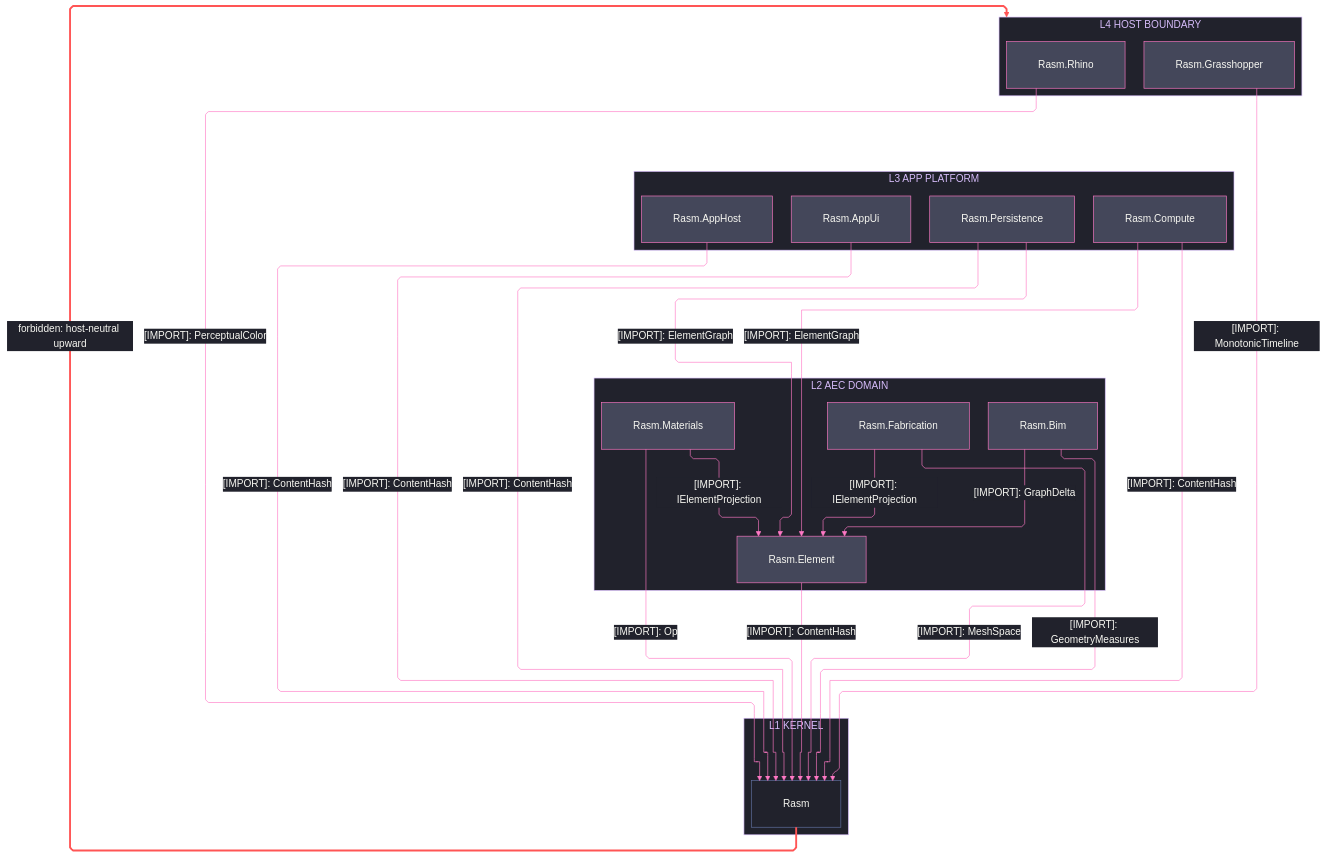
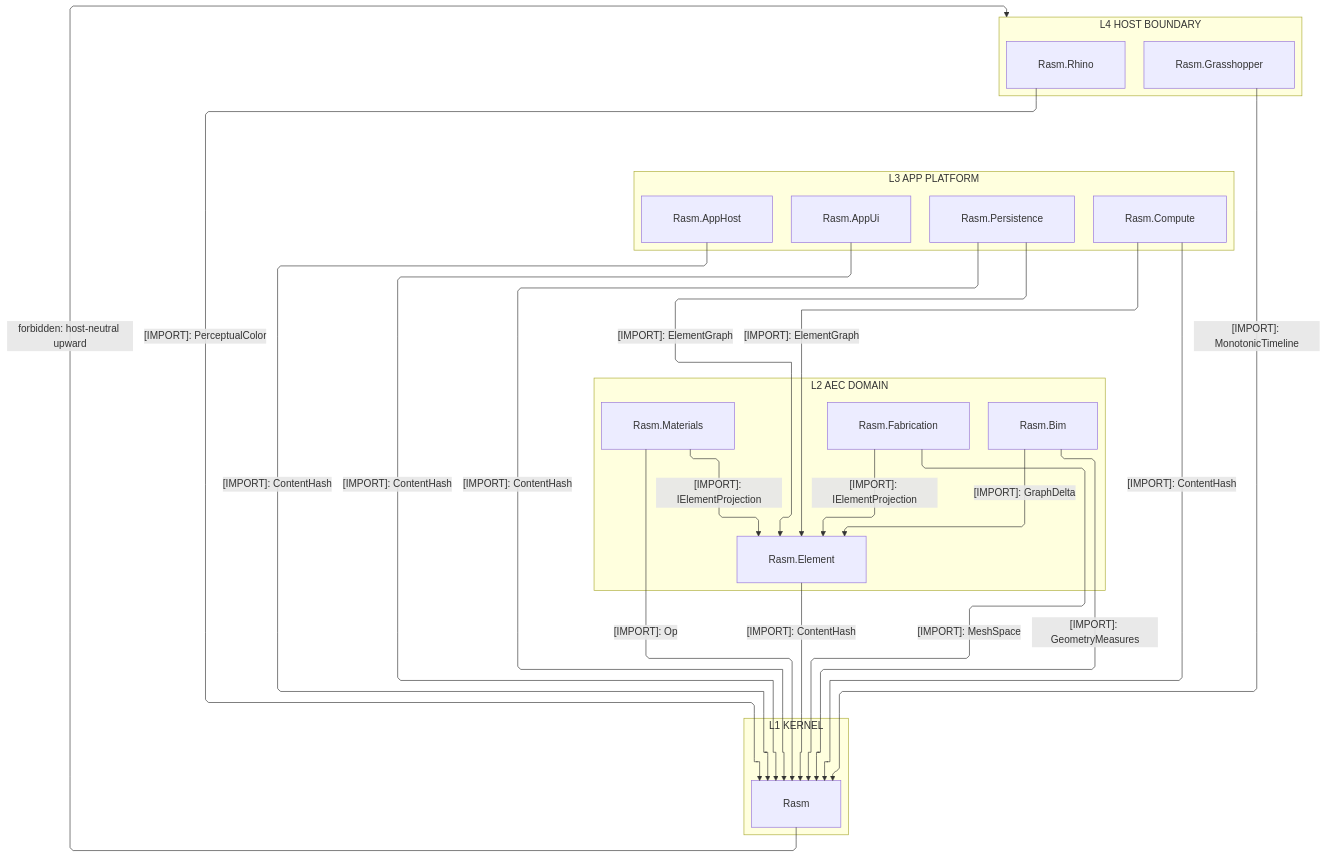
One commit to bsamiee/Rasm changed the first of 3 diagrams in libs/csharp/.planning/ARCHITECTURE.md. Above: the diagram before and after it, drawn with Mermaid. The commit also changed other lines of this file and 460 other files, not shown here.

````diff
--- a/libs/csharp/.planning/ARCHITECTURE.md
+++ b/libs/csharp/.planning/ARCHITECTURE.md
@@ -31,78 +31,51 @@
 ```mermaid
 ---
 config:
-  theme: base
-  look: classic
   layout: elk
   flowchart:
     curve: linear
     padding: 25
-  themeVariables:
-    darkMode: true
-    fontFamily: "SF Mono, Menlo, Cascadia Mono, Segoe UI Mono, Consolas, monospace"
-    useGradient: false
-    dropShadow: "none"
-    background: "#282A36"
-    primaryColor: "#44475A"
-    primaryTextColor: "#F8F8F2"
-    primaryBorderColor: "#BD93F9"
-    lineColor: "#FF79C6"
-    textColor: "#F8F8F2"
-    clusterBkg: "#21222C"
-    clusterBorder: "#D6BCFA"
-    edgeLabelBackground: "#21222C"
-    labelBackgroundColor: "#21222C"
-    titleColor: "#D6BCFA"
-  themeCSS: ".nodeLabel{font-size:13px;font-weight:500}.edgeLabel{font-size:12px;font-weight:500}.cluster-label .nodeLabel{font-size:13.5px;font-weight:700;letter-spacing:.08em}.edge-thickness-normal{stroke-width:2px}.edge-thickness-thick{stroke-width:3px}.edge-pattern-dashed,.edge-pattern-dotted{stroke-width:1.5px;stroke-dasharray:4 6}.node rect,.node circle,.node polygon,.node path,.node .outer-path{stroke-width:1.5px;filter:none!important}.cluster rect{stroke-width:1px!important;stroke-dasharray:5 4!important;filter:none!important}.marker path{transform:scale(.8);transform-origin:5px 5px}.marker circle{transform:scale(.48);transform-origin:5px 5px}.edgeLabel rect{transform-box:fill-box;transform-origin:center;transform:scale(1.1,1.2)}"
 ---
 flowchart TB
     accTitle: C# branch package import strata
-    accDescr: Four stacked strata from the host boundary through the app platform and the AEC domain onto the kernel — every reference edge downward and solid, labeled edges naming one sourced type, the host boundary skipping straight to the kernel, and one forbidden host-neutral upward edge styled red.
+    accDescr: Four stacked strata from the host boundary through the app platform and the AEC domain onto the kernel — every reference edge downward and solid, labeled edges naming one sourced type, the host boundary skipping straight to the kernel, and one forbidden host-neutral upward edge.
     subgraph L4["L4 HOST BOUNDARY"]
         Rhino[Rasm.Rhino]
         Grasshopper[Rasm.Grasshopper]
     end
     subgraph L3["L3 APP PLATFORM"]
         Persistence[Rasm.Persistence]
         Compute[Rasm.Compute]
         AppHost[Rasm.AppHost]
         AppUi[Rasm.AppUi]
     end
     subgraph L2["L2 AEC DOMAIN"]
         Bim[Rasm.Bim]
         Element[Rasm.Element]
         Materials[Rasm.Materials]
         Fabrication[Rasm.Fabrication]
     end
     subgraph L1["L1 KERNEL"]
         Rasm[Rasm]
     end
     Rhino ~~~ AppHost
     Rhino ~~~ AppUi
     Grasshopper ~~~ Compute
     Grasshopper ~~~ Persistence
-    Rhino e1@-->|"[IMPORT]: PerceptualColor"| Rasm
-    Grasshopper e2@-->|"[IMPORT]: MonotonicTimeline"| Rasm
-    AppHost e3@-->|"[IMPORT]: ContentHash"| Rasm
-    Persistence e4@-->|"[IMPORT]: ElementGraph"| Element
-    Persistence e5@-->|"[IMPORT]: ContentHash"| Rasm
-    Compute e6@-->|"[IMPORT]: ElementGraph"| Element
-    Compute e7@-->|"[IMPORT]: ContentHash"| Rasm
-    AppUi e8@-->|"[IMPORT]: ContentHash"| Rasm
-    Materials e9@-->|"[IMPORT]: IElementProjection"| Element
-    Materials e10@-->|"[IMPORT]: Op"| Rasm
-    Bim e11@-->|"[IMPORT]: GraphDelta"| Element
-    Bim e12@-->|"[IMPORT]: GeometryMeasures"| Rasm
-    Fabrication e13@-->|"[IMPORT]: IElementProjection"| Element
-    Fabrication e14@-->|"[IMPORT]: MeshSpace"| Rasm
-    Element e15@-->|"[IMPORT]: ContentHash"| Rasm
-    Rasm f1@-->|"forbidden: host-neutral upward"| L4
-    classDef primary fill:#44475A,stroke:#FF79C6,color:#F8F8F2
-    classDef recessed fill:#21222C,stroke:#6272A4,color:#F8F8F2
-    classDef edgeControl stroke:#FF79C6,color:#F8F8F2
-    classDef edgeError stroke:#FF5555,stroke-width:3px,color:#F8F8F2
-    class Rhino,Grasshopper,AppHost,Compute,Persistence,AppUi,Element,Materials,Bim,Fabrication primary
-    class Rasm recessed
-    class e1,e2,e3,e4,e5,e6,e7,e8,e9,e10,e11,e12,e13,e14,e15 edgeControl
-    class f1 edgeError
+    Rhino -->|"[IMPORT]: PerceptualColor"| Rasm
+    Grasshopper -->|"[IMPORT]: MonotonicTimeline"| Rasm
+    AppHost -->|"[IMPORT]: ContentHash"| Rasm
+    Persistence -->|"[IMPORT]: ElementGraph"| Element
+    Persistence -->|"[IMPORT]: ContentHash"| Rasm
+    Compute -->|"[IMPORT]: ElementGraph"| Element
+    Compute -->|"[IMPORT]: ContentHash"| Rasm
+    AppUi -->|"[IMPORT]: ContentHash"| Rasm
+    Materials -->|"[IMPORT]: IElementProjection"| Element
+    Materials -->|"[IMPORT]: Op"| Rasm
+    Bim -->|"[IMPORT]: GraphDelta"| Element
+    Bim -->|"[IMPORT]: GeometryMeasures"| Rasm
+    Fabrication -->|"[IMPORT]: IElementProjection"| Element
+    Fabrication -->|"[IMPORT]: MeshSpace"| Rasm
+    Element -->|"[IMPORT]: ContentHash"| Rasm
+    Rasm -->|"forbidden: host-neutral upward"| L4
 ```
````
